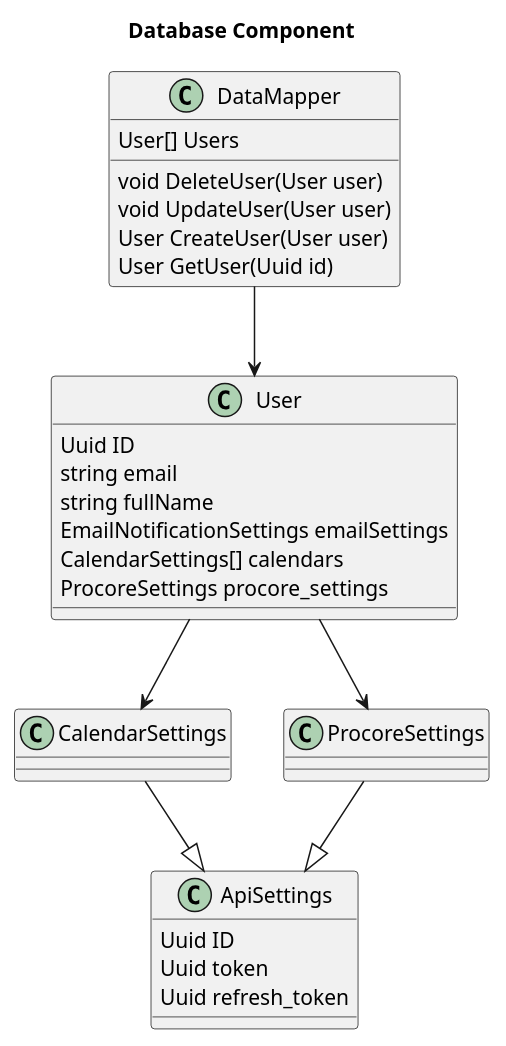
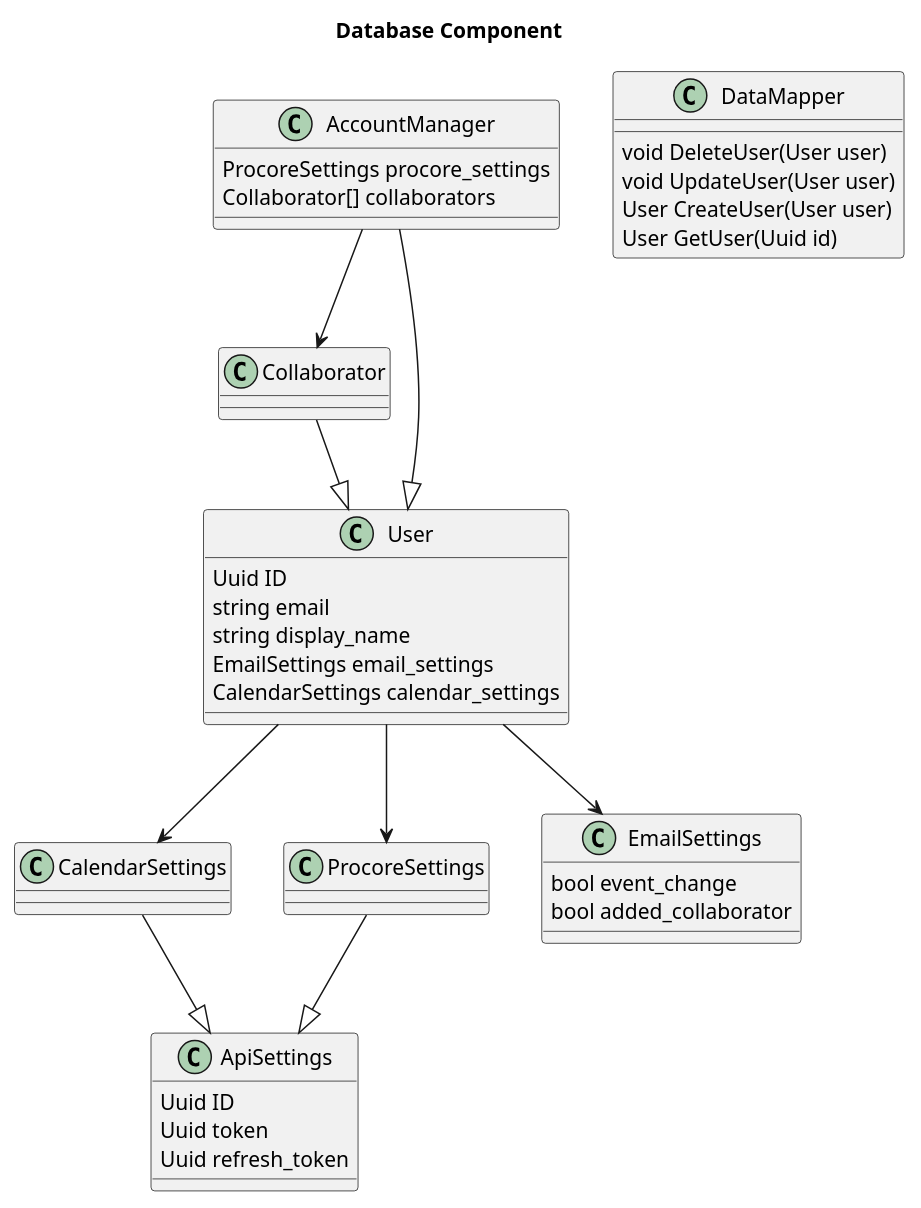
Before and after one commit to adhurjaty/procore-gcal: the diagram in diagrams/dbComponent.wsd, drawn with PlantUML. The commit also changed 3 other files, not shown here.

```diff
--- a/diagrams/dbComponent.wsd
+++ b/diagrams/dbComponent.wsd
@@ -1,41 +1,57 @@
 @startuml
 title Database Component
 
 class ApiSettings {
     Uuid ID
     Uuid token
     Uuid refresh_token
 }
 
 class CalendarSettings {
 
 }
 
 class ProcoreSettings {
     
 }
 
+class Collaborator {
+
+}
+
+class EmailSettings {
+    bool event_change
+    bool added_collaborator
+
+}
+
 class User {
     Uuid ID
     string email
-    string fullName
-    EmailNotificationSettings emailSettings
-    CalendarSettings[] calendars
+    string display_name
+    EmailSettings email_settings
+    CalendarSettings calendar_settings
+}
+
+class AccountManager {
     ProcoreSettings procore_settings
+    Collaborator[] collaborators
 }
 
 class DataMapper {
-    User[] Users
     void DeleteUser(User user)
     void UpdateUser(User user)
     User CreateUser(User user)
     User GetUser(Uuid id)
 }
 
+AccountManager --|> User
+AccountManager --> Collaborator
+Collaborator --|> User
 CalendarSettings --|> ApiSettings
 ProcoreSettings --|> ApiSettings
 User --> CalendarSettings
 User --> ProcoreSettings
-DataMapper --> User
+User --> EmailSettings
 
 @enduml
```
